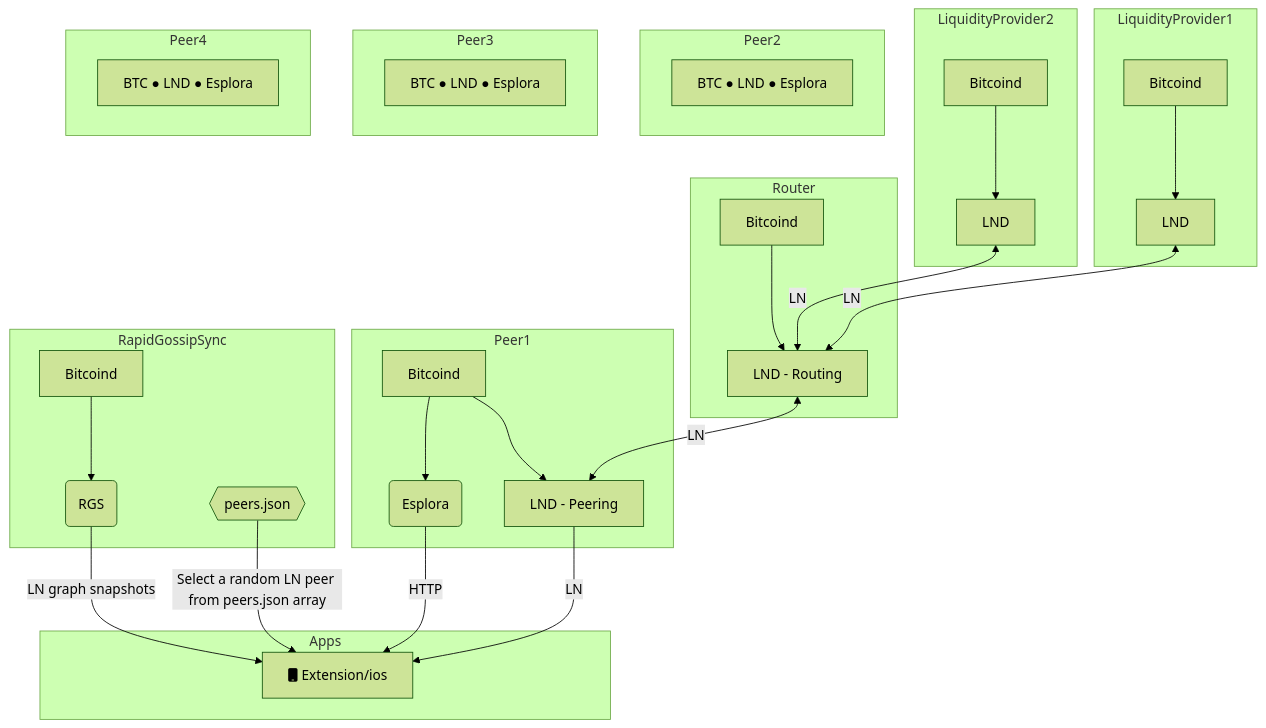
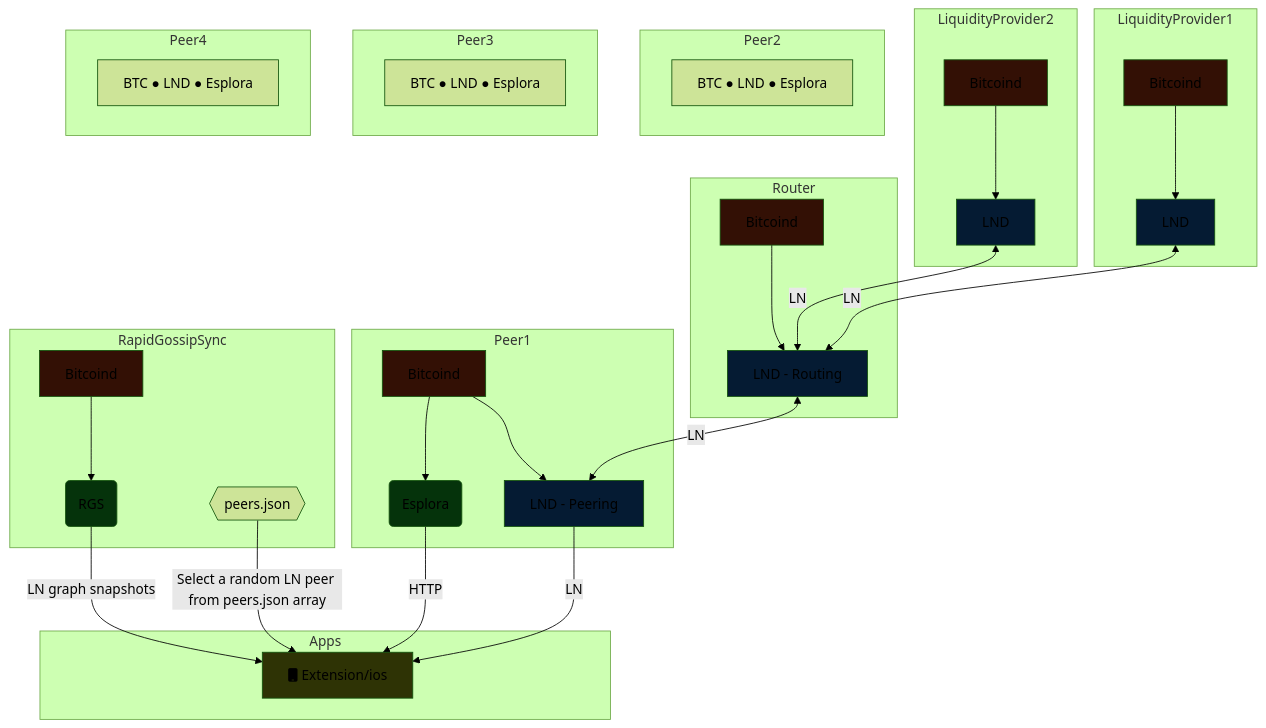
One commit to Portaldefi/mutiny-net changed the second of 2 diagrams in docs/infra.md. Above: the diagram before and after it, drawn with Mermaid (forest theme). The commit also changed other lines of this file, not shown here.

````diff
--- a/docs/infra.md
+++ b/docs/infra.md
@@ -47,59 +47,80 @@
 ```mermaid
 flowchart TD
 
     subgraph LiquidityProvider1
         BtcLP1[Bitcoind]
         LND1LP1[LND]
         BtcLP1 --> LND1LP1
     end
 
     subgraph LiquidityProvider2
         BtcLP2[Bitcoind]
         LND1LP2[LND]
         BtcLP2 --> LND1LP2
     end
 
     subgraph Router
         BTCR[Bitcoind]
         LNDRouter[LND - Routing]
         BTCR --> LNDRouter
 
         LND1LP1 <--> |LN| LNDRouter
         LND1LP2 <--> |LN| LNDRouter
     end
 
     subgraph Peer1
         Btc2[Bitcoind]
         LNDPeer[LND - Peering]
         Esplora(Esplora)
         Btc2 --> LNDPeer
         Btc2 --> Esplora
         LNDRouter <--> |LN| LNDPeer
     end
 
     subgraph RapidGossipSync
         Btc3[Bitcoind]
         RGS(RGS)
         Peers{{peers.json}}
         Btc3 --> RGS
     end
 
     subgraph Apps
         App[fa:fa-mobile Extension/ios]
 
         Peers --> |Select a random LN peer from peers.json array| App
         LNDPeer --> |LN| App
         Esplora --> |HTTP| App
         RGS --> |LN graph snapshots| App
     end
 
     subgraph Peer2
         B2[BTC ● LND ● Esplora]
     end
     subgraph Peer3
         B3[BTC ● LND ● Esplora]
     end
     subgraph Peer4
         B4[BTC ● LND ● Esplora]
     end
+
+classDef btc fill:#331005
+class BtcLP1 btc
+class BtcLP2 btc
+class Btc2 btc
+class Btc3 btc
+class BTCR btc
+
+classDef lnd fill:#051b33
+class LND1LP1 lnd
+class LND1LP2 lnd
+class LNDRouter lnd
+class LNDPeer lnd
+
+classDef rgs fill:#05330b
+class Esplora rgs
+class RGS rgs
+
+classDef app fill:#2e3305
+class App app
+
 ```
````
